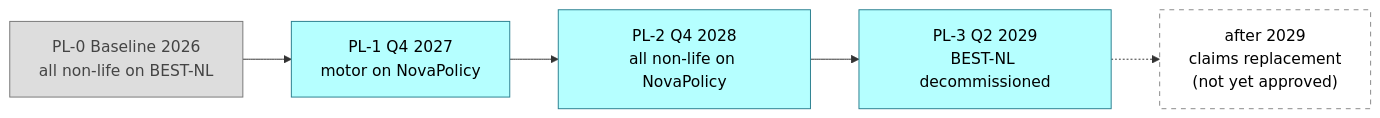
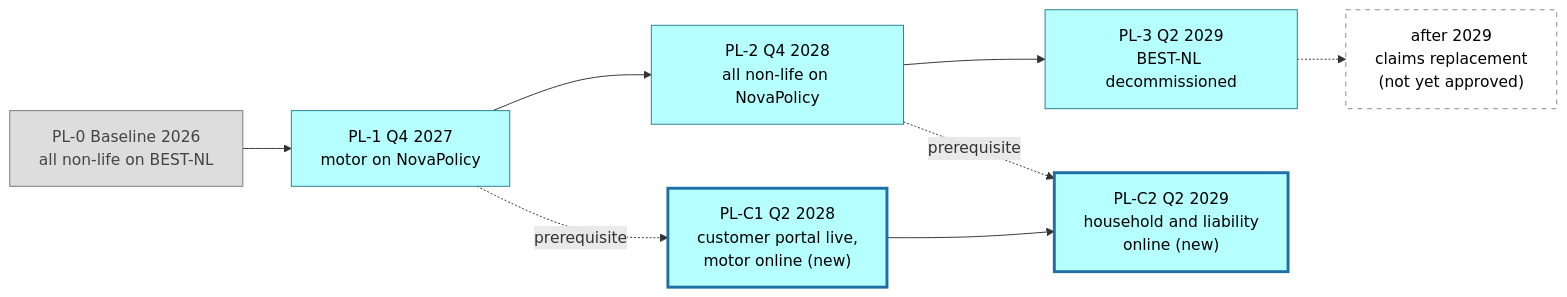
Before and after one commit to ArthurNeudeck/neudeck.gihub.io: the fourth of 4 diagrams in docs/architecture/blueprints/example/01-enterprise-blueprint-aurora.md, drawn with Mermaid. The commit also changed other lines of this file and 23 other files, not shown here.

First line of the commit message:
Extend example with customer portal and document enhancing target pictures

````diff
--- a/docs/architecture/blueprints/example/01-enterprise-blueprint-aurora.md
+++ b/docs/architecture/blueprints/example/01-enterprise-blueprint-aurora.md
@@ -228,19 +241,24 @@
 ```mermaid
 flowchart LR
   PL0["PL-0 Baseline 2026<br/>all non-life on BEST-NL"]:::legacy
   PL1["PL-1 Q4 2027<br/>motor on NovaPolicy"]:::app
   PL2["PL-2 Q4 2028<br/>all non-life on NovaPolicy"]:::app
   PL3["PL-3 Q2 2029<br/>BEST-NL decommissioned"]:::app
   NXT["after 2029<br/>claims replacement<br/>(not yet approved)"]:::temp
+  PLC1["PL-C1 Q2 2028<br/>customer portal live,<br/>motor online (new)"]:::new
+  PLC2["PL-C2 Q2 2029<br/>household and liability<br/>online (new)"]:::new
   PL0 --> PL1 --> PL2 --> PL3 -.-> NXT
+  PLC1 --> PLC2
+  PL1 -.->|prerequisite| PLC1
+  PL2 -.->|prerequisite| PLC2
   classDef app fill:#b5ffff,stroke:#2a7f8f,color:#000
   classDef biz fill:#ffffb5,stroke:#a89a2b,color:#000
   classDef tech fill:#c9e7b7,stroke:#4b7f3a,color:#000
   classDef ext fill:#eeeeee,stroke:#888,color:#000
   classDef red fill:#f5a3a3,stroke:#b03030,color:#000
   classDef amber fill:#ffd591,stroke:#c98a00,color:#000
   classDef green fill:#b7e4b0,stroke:#3c8a32,color:#000
   classDef temp fill:#ffffff,stroke:#888,stroke-dasharray:5 5,color:#000
   classDef legacy fill:#dddddd,stroke:#777,color:#444
   classDef new fill:#b5ffff,stroke:#1d6fa5,stroke-width:3px,color:#000
 ```
````
